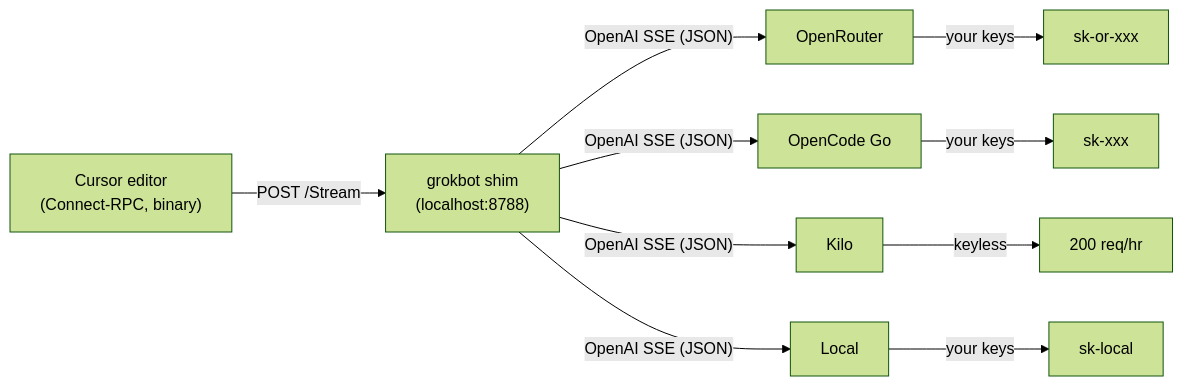
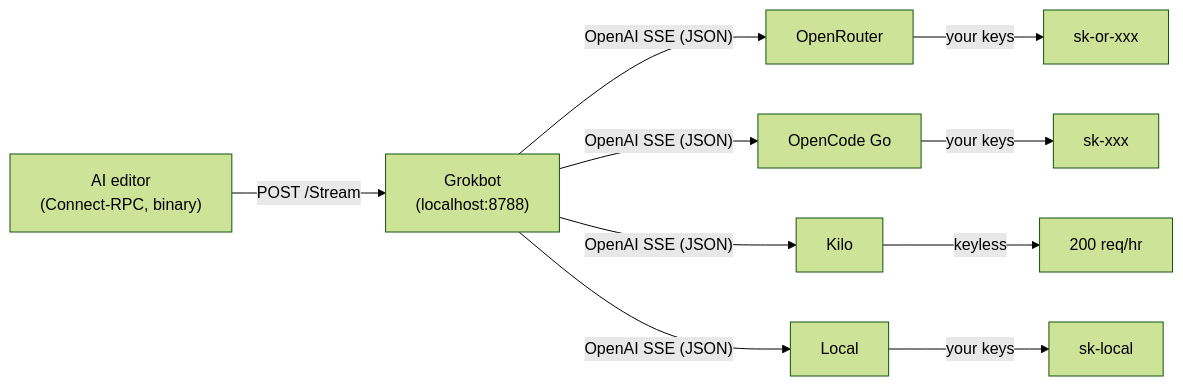
The first of 3 diagrams in README.md (jroth1111/grokbot-BYOK), drawn with Mermaid (forest theme) before and after one commit. The commit also changed other lines of this file, not shown here.

First line of the commit message:
Reframe README around Grokbot as the product, not Cursor

````diff
--- a/README.md
+++ b/README.md
@@ -58,12 +58,12 @@
 ```mermaid
 graph LR
-    Cursor["Cursor editor<br/>(Connect-RPC, binary)"] -->|"POST /Stream"| Shim
-    Shim["grokbot shim<br/>(localhost:8788)"] -->|"OpenAI SSE (JSON)"| Provider1["OpenRouter"]
-    Shim -->|"OpenAI SSE (JSON)"| Provider2["OpenCode Go"]
-    Shim -->|"OpenAI SSE (JSON)"| Provider3["Kilo"]
-    Shim -->|"OpenAI SSE (JSON)"| Provider4["Local"]
+    Editor["AI editor<br/>(Connect-RPC, binary)"] -->|"POST /Stream"| Grokbot
+    Grokbot["Grokbot<br/>(localhost:8788)"] -->|"OpenAI SSE (JSON)"| Provider1["OpenRouter"]
+    Grokbot -->|"OpenAI SSE (JSON)"| Provider2["OpenCode Go"]
+    Grokbot -->|"OpenAI SSE (JSON)"| Provider3["Kilo"]
+    Grokbot -->|"OpenAI SSE (JSON)"| Provider4["Local"]
     Provider1 -->|"your keys"| Keys1["sk-or-xxx"]
     Provider2 -->|"your keys"| Keys2["sk-xxx"]
     Provider3 -->|"keyless"| Keys3["200 req/hr"]
     Provider4 -->|"your keys"| Keys4["sk-local"]
 ```
````
